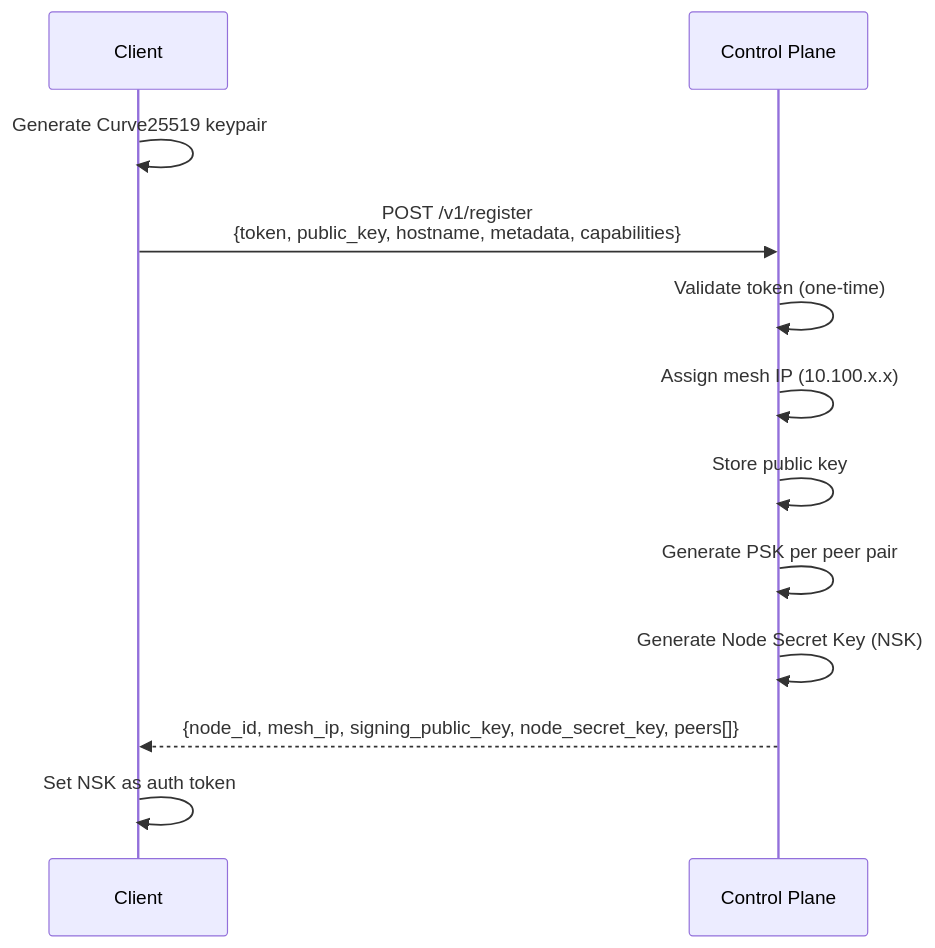
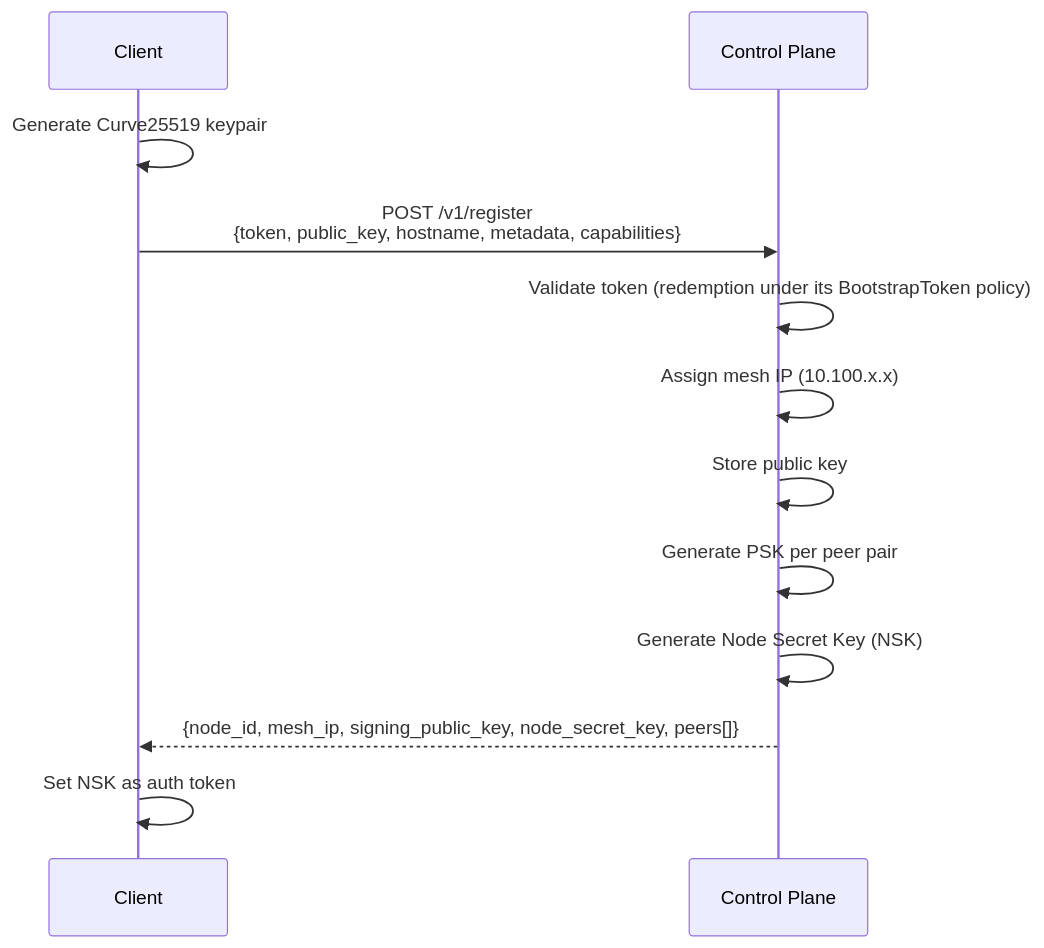
The first of 3 diagrams in docs/guide/security.md (plexsphere/plexd), drawn with Mermaid before and after one commit. The commit also changed other lines of this file and 14 other files, not shown here.

First line of the commit message:
docs: let the BootstrapToken policy decide how often a token works

````diff
--- a/docs/guide/security.md
+++ b/docs/guide/security.md
@@ -44,15 +44,15 @@
 ```mermaid
 sequenceDiagram
     participant C as Client
     participant CP as Control Plane
 
     C->>C: Generate Curve25519 keypair
     C->>CP: POST /v1/register<br/>{token, public_key, hostname, metadata, capabilities}
-    CP->>CP: Validate token (one-time)
+    CP->>CP: Validate token (redemption under its BootstrapToken policy)
     CP->>CP: Assign mesh IP (10.100.x.x)
     CP->>CP: Store public key
     CP->>CP: Generate PSK per peer pair
     CP->>CP: Generate Node Secret Key (NSK)
     CP-->>C: {node_id, mesh_ip, signing_public_key, node_secret_key, peers[]}
     C->>C: Set NSK as auth token
 ```
````
